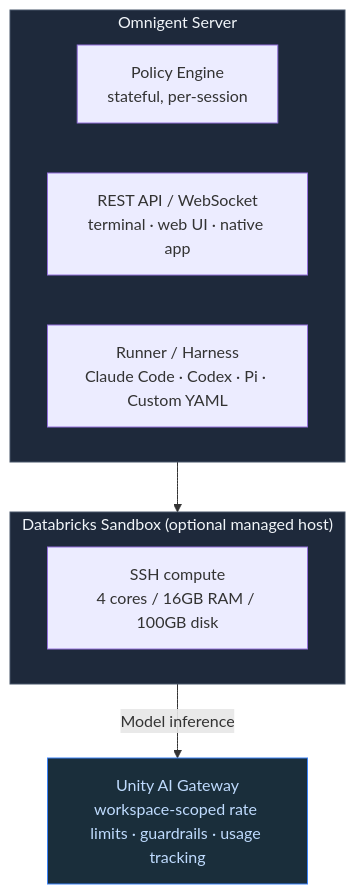
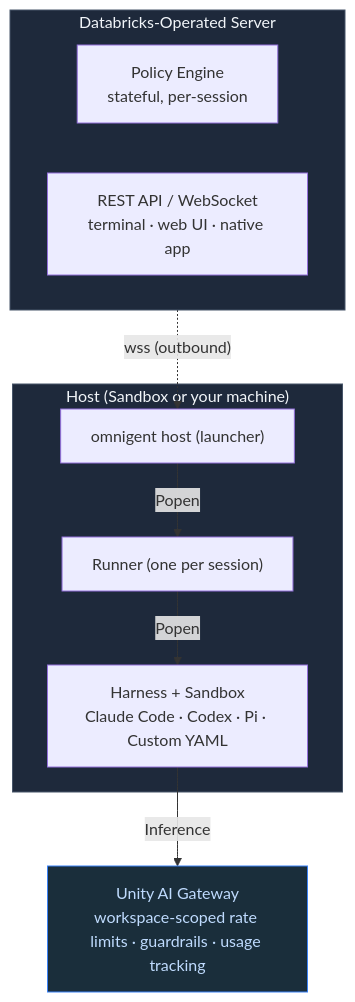
The first of 2 diagrams in tool-governance/omnigent-governance.md (bhavink/applied-ai-governance), drawn with Mermaid before and after one commit. The commit also changed other lines of this file and 5 other files, not shown here.

````diff
--- a/tool-governance/omnigent-governance.md
+++ b/tool-governance/omnigent-governance.md
@@ -62,21 +63,24 @@
 ```mermaid
 flowchart TB
-    subgraph SERVER["Omnigent Server"]
+    subgraph SERVER["Databricks-Operated Server"]
         POLICY["Policy Engine<br/>stateful, per-session"]
         API["REST API / WebSocket<br/>terminal · web UI · native app"]
-        RUNNER["Runner / Harness<br/>Claude Code · Codex · Pi · Custom YAML"]
     end
 
-    subgraph HOST["Databricks Sandbox (optional managed host)"]
-        COMPUTE["SSH compute<br/>4 cores / 16GB RAM / 100GB disk"]
+    subgraph HOST["Host (Sandbox or your machine)"]
+        OMNIGENT["omnigent host (launcher)"]
+        RUNNER["Runner (one per session)"]
+        HARNESS["Harness + Sandbox<br/>Claude Code · Codex · Pi · Custom YAML"]
     end
 
     GATEWAY["Unity AI Gateway<br/>workspace-scoped rate limits · guardrails · usage tracking"]
 
-    SERVER --> HOST
-    HOST -->|"Model inference"| GATEWAY
+    SERVER -.->|"wss (outbound)"| OMNIGENT
+    OMNIGENT -->|"Popen"| RUNNER
+    RUNNER -->|"Popen"| HARNESS
+    HARNESS -->|"Inference"| GATEWAY
 
     style GATEWAY fill:#1a2e3b,stroke:#3b82f6,color:#bfdbfe
     style SERVER fill:#1e293b,stroke:#475569,color:#f1f5f9
     style HOST fill:#1e293b,stroke:#475569,color:#f1f5f9
 ```
````
